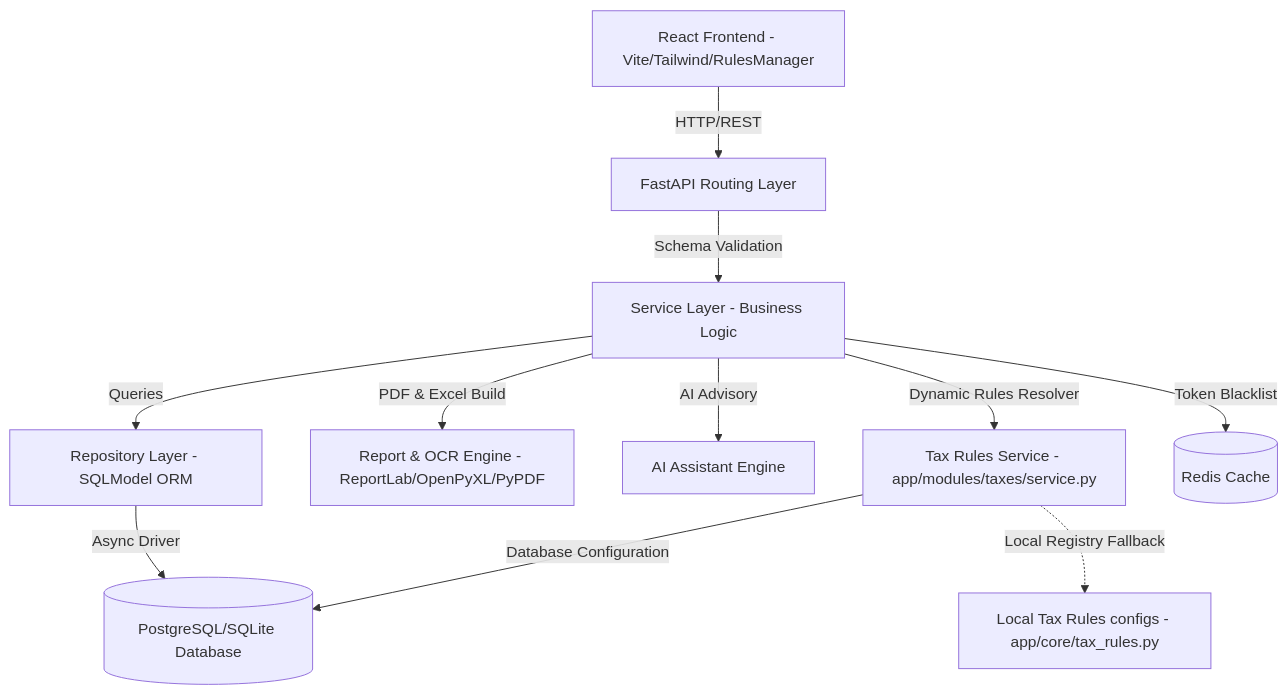
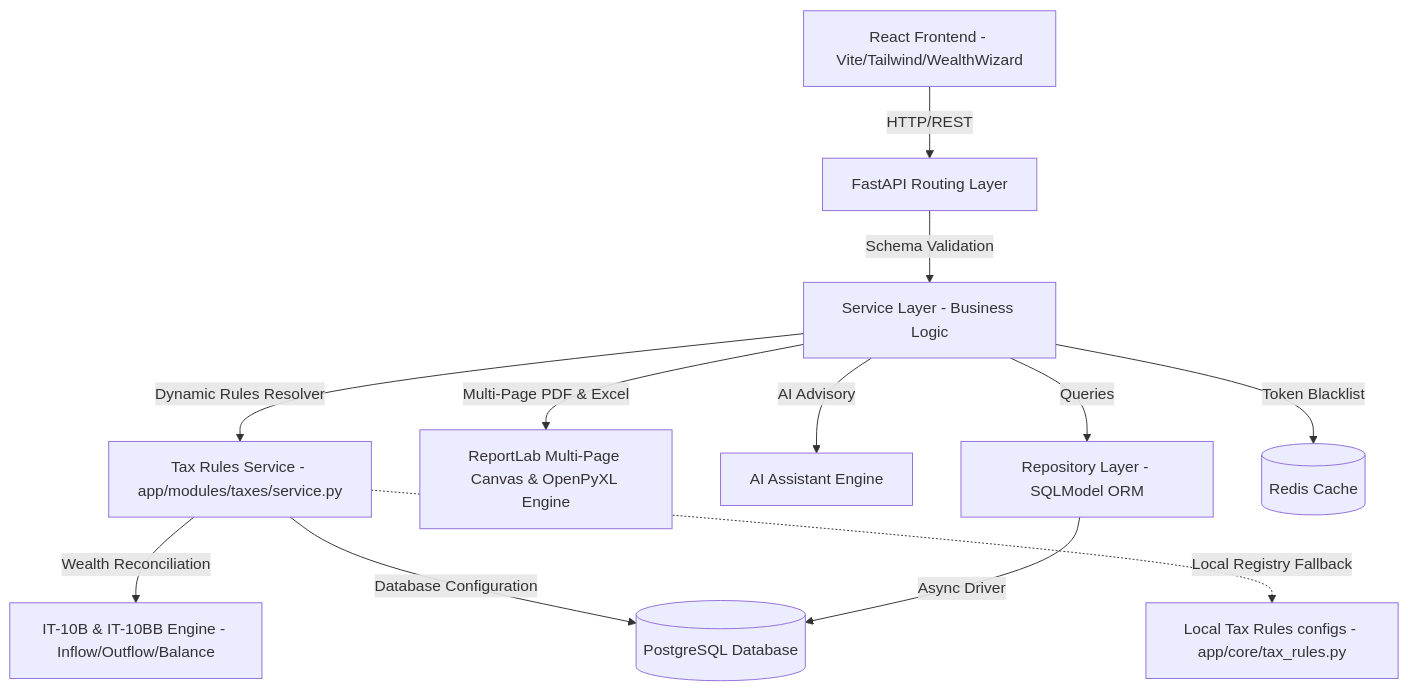
One commit to momenurmaruf2742/bangladesh_tax_suite changed the diagram in docs/architecture.md. Above: the diagram before and after it, drawn with Mermaid. The commit also changed other lines of this file and 25 other files, not shown here.

Commit message:
feat(nbr-parity): implement IT-10B wealth reconciliation, IT-10BB expenses, multi-page NBR IT-11GA PDF return, and update documentation

````diff
--- a/docs/architecture.md
+++ b/docs/architecture.md
@@ -7,13 +7,14 @@
 ```mermaid
 graph TD
-    Client[React Frontend - Vite/Tailwind/RulesManager] -->|HTTP/REST| API[FastAPI Routing Layer]
+    Client[React Frontend - Vite/Tailwind/WealthWizard] -->|HTTP/REST| API[FastAPI Routing Layer]
     API -->|Schema Validation| Service[Service Layer - Business Logic]
     Service -->|Dynamic Rules Resolver| TaxEngine[Tax Rules Service - app/modules/taxes/service.py]
-    TaxEngine -->|Database Configuration| DB[(PostgreSQL/SQLite Database)]
+    TaxEngine -->|Wealth Reconciliation| WealthEngine[IT-10B & IT-10BB Engine - Inflow/Outflow/Balance]
+    TaxEngine -->|Database Configuration| DB[(PostgreSQL Database)]
     TaxEngine -.->|Local Registry Fallback| LocalRules[Local Tax Rules configs - app/core/tax_rules.py]
-    Service -->|PDF & Excel Build| Reports[Report & OCR Engine - ReportLab/OpenPyXL/PyPDF]
+    Service -->|Multi-Page PDF & Excel| Reports[ReportLab Multi-Page Canvas & OpenPyXL Engine]
     Service -->|AI Advisory| AiAssistant[AI Assistant Engine]
     Service -->|Queries| Repo[Repository Layer - SQLModel ORM]
     Repo -->|Async Driver| DB
     Service -->|Token Blacklist| Cache[(Redis Cache)]
 ```
````
